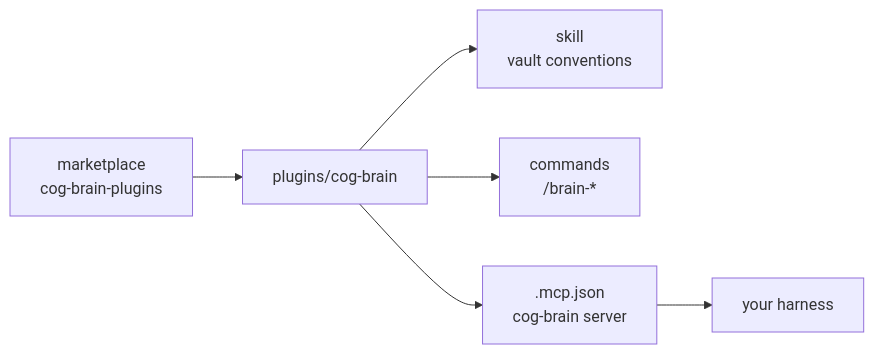
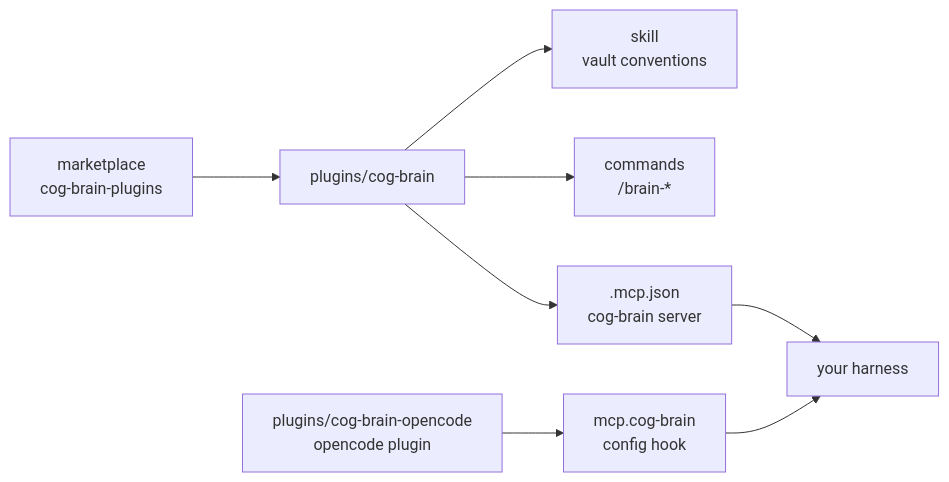
One commit to cog-sh/cog-brain-plugins changed the diagram in README.md. Above: the diagram before and after it, drawn with Mermaid. The commit also changed other lines of this file and 5 other files, not shown here.

First line of the commit message:
opencode plugin: declare the MCP server from a config hook

````diff
--- a/README.md
+++ b/README.md
@@ -71,8 +84,10 @@
 ```mermaid
 flowchart LR
   M["marketplace<br/>cog-brain-plugins"] --> P["plugins/cog-brain"]
   P --> S["skill<br/>vault conventions"]
   P --> C["commands<br/>/brain-*"]
   P --> X[".mcp.json<br/>cog-brain server"]
   X --> H["your harness"]
+  O["plugins/cog-brain-opencode<br/>opencode plugin"] --> Y["mcp.cog-brain<br/>config hook"]
+  Y --> H
 ```
````
